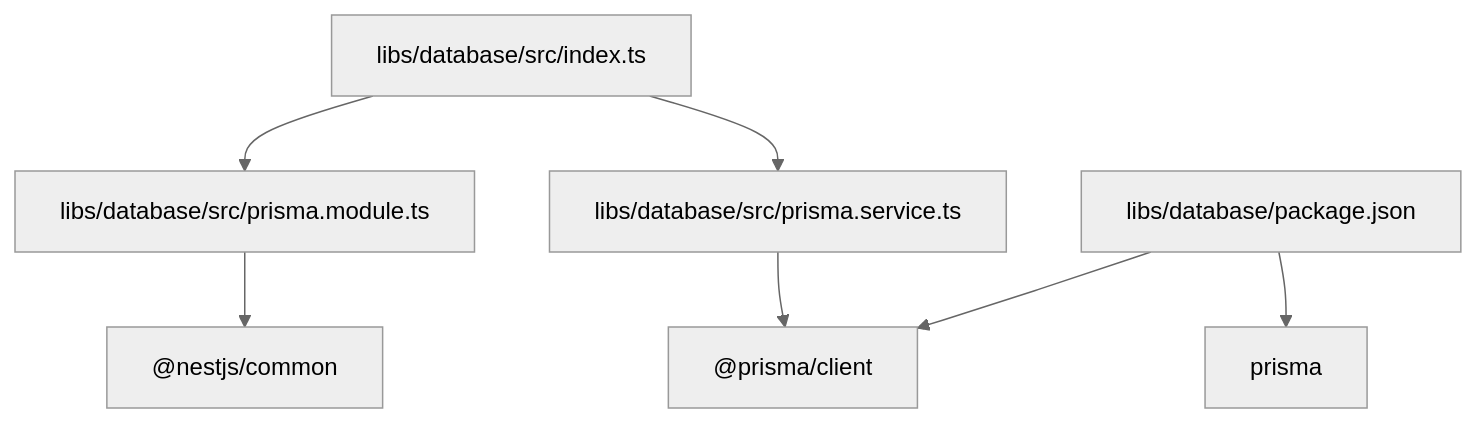
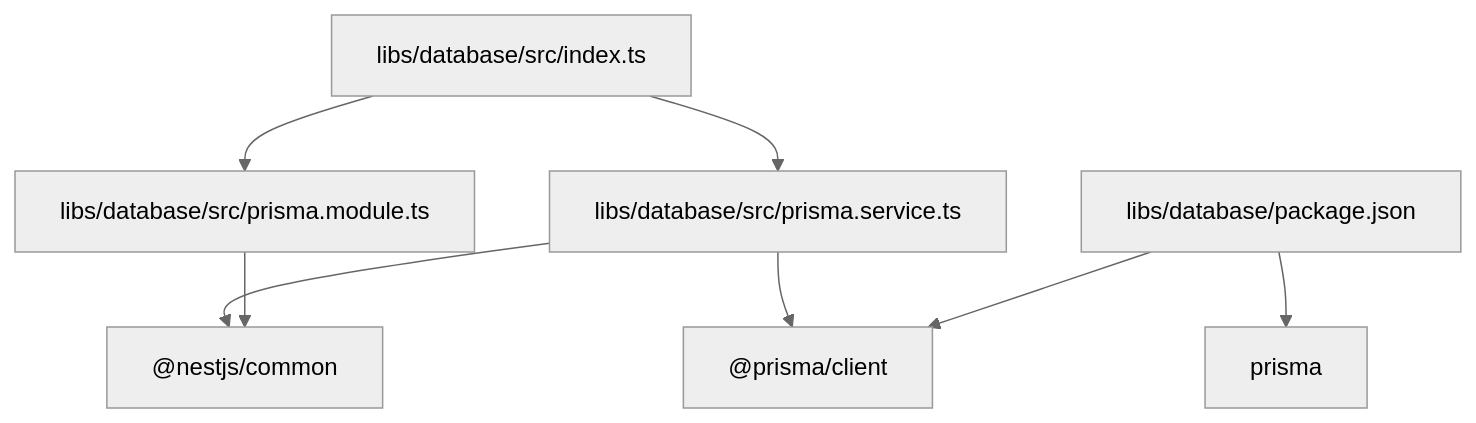
Before and after one commit to Avi-Bendetsky/Quiz-to-build: the seventh of 7 diagrams in .qoder/repowiki/en/content/Shared Libraries/Database Library.md, drawn with Mermaid (neutral theme). The commit also changed other lines of this file and 41 other files, not shown here.

````diff
--- a/.qoder/repowiki/en/content/Shared Libraries/Database Library.md
+++ b/.qoder/repowiki/en/content/Shared Libraries/Database Library.md
@@ -308,9 +392,10 @@
 ```mermaid
 graph TB
 IDX["libs/database/src/index.ts"] --> PM["libs/database/src/prisma.module.ts"]
 IDX --> PS["libs/database/src/prisma.service.ts"]
 PS --> PC["@prisma/client"]
-PM --> NC["@nestjs/common"]
+PS --> NC["@nestjs/common"]
+PM --> NC
 PKG["libs/database/package.json"] --> PC
 PKG --> PR["prisma"]
 ```
````
